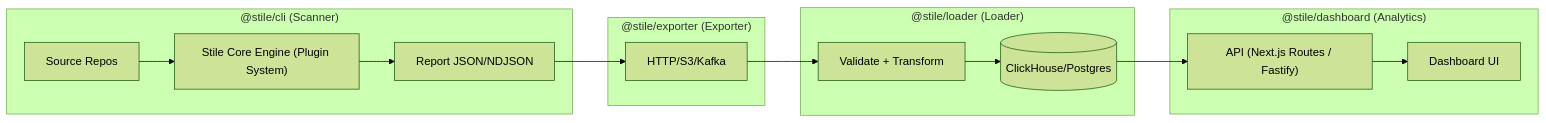
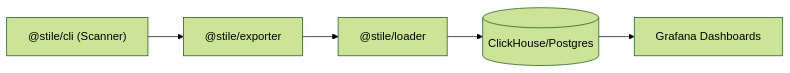
One commit to satyamyadav/stile changed the first of 3 diagrams in TRD.md. Above: the diagram before and after it, drawn with Mermaid (forest theme). The commit also changed other lines of this file and 24 other files, not shown here.

`````diff
--- a/TRD.md
+++ b/TRD.md
@@ -39,21 +39,7 @@
 ```mermaid
 flowchart LR
-    subgraph SCANNER["@stile/cli (Scanner)"]
-        SRC["Source Repos"] --> CORE["Stile Core Engine (Plugin System)"]
-        CORE --> REPORT["Report JSON/NDJSON"]
-    end
-
-    subgraph EXPORTER["@stile/exporter (Exporter)"]
-        REPORT --> HTTP["HTTP/S3/Kafka"]
-    end
-
-    subgraph LOADER["@stile/loader (Loader)"]
-        HTTP --> VALIDATE["Validate + Transform"]
-        VALIDATE --> CH[(ClickHouse/Postgres)]
-    end
-
-    subgraph DASHBOARD["@stile/dashboard (Analytics)"]
-        CH --> API["API (Next.js Routes / Fastify)"]
-        API --> UI["Dashboard UI"]
-    end
-````
+    SCAN["@stile/cli (Scanner)"] --> EXPORT["@stile/exporter"]
+    EXPORT --> LOAD["@stile/loader"]
+    LOAD --> DB[(ClickHouse/Postgres)]
+    DB --> GRAFANA["Grafana Dashboards"]
+```
`````
